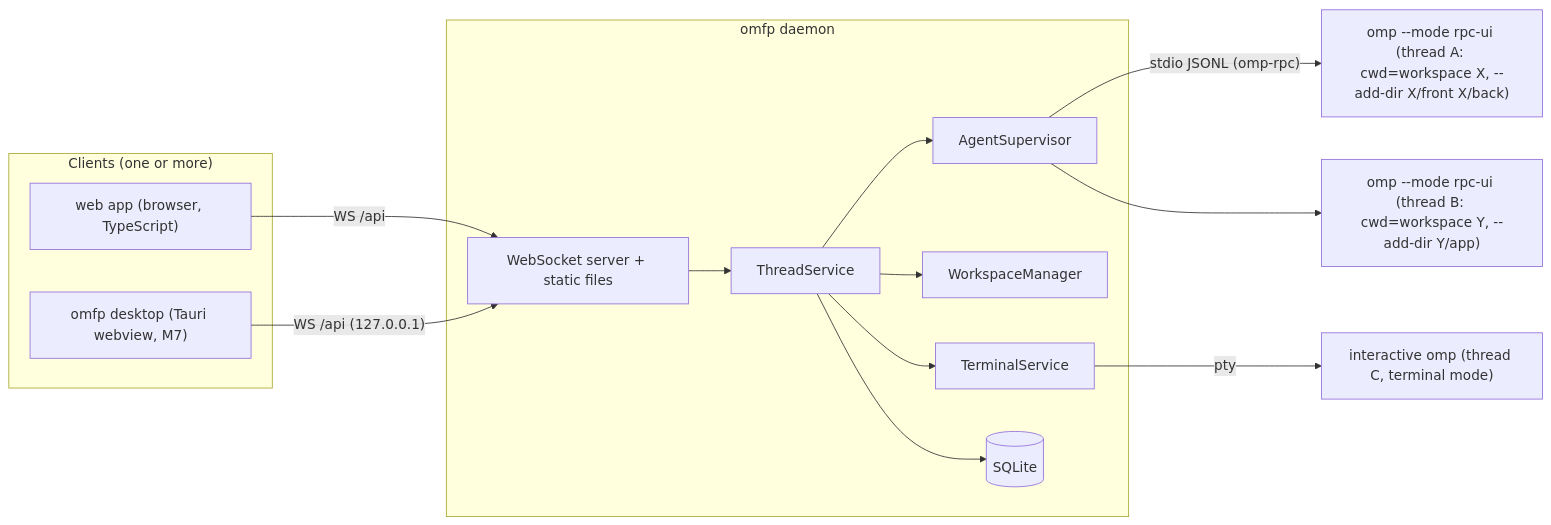
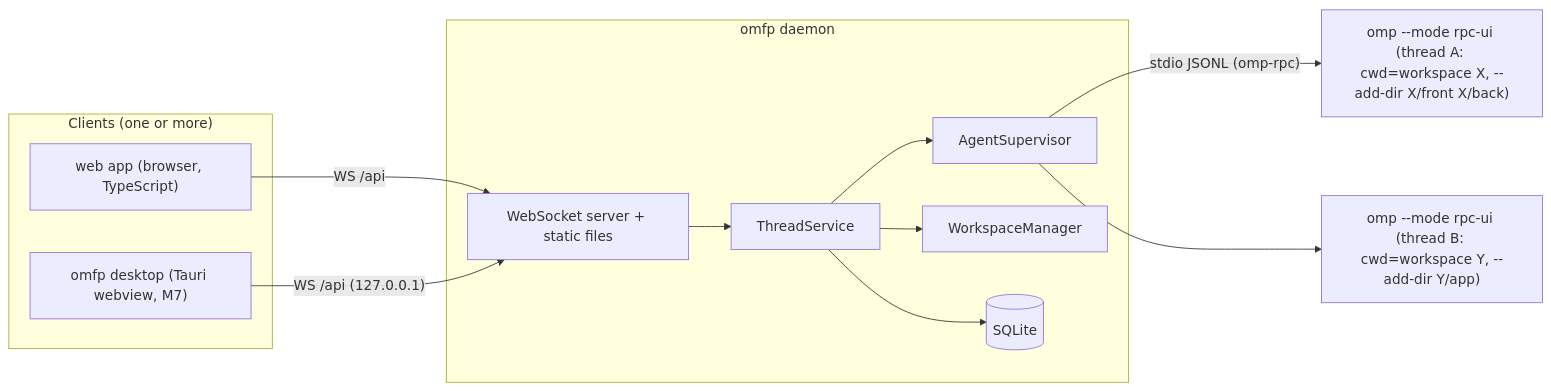
The second of 3 diagrams in docs/specs/00-overview.md (TonioGela/omfp), drawn with Mermaid before and after one commit. The commit also changed other lines of this file and 50 other files, not shown here.

````diff
--- a/docs/specs/00-overview.md
+++ b/docs/specs/00-overview.md
@@ -52,23 +51,20 @@
 ```mermaid
 flowchart LR
   subgraph client["Clients (one or more)"]
     W["web app (browser, TypeScript)"]
     D["omfp desktop (Tauri webview, M7)"]
   end
   subgraph daemon["omfp daemon"]
     WS[WebSocket server + static files]
     TS[ThreadService]
     SUP[AgentSupervisor]
     WK[WorkspaceManager]
-    PTY[TerminalService]
     DB[(SQLite)]
   end
   W -- "WS /api" --> WS
   D -- "WS /api (127.0.0.1)" --> WS
   WS --> TS
   TS --> SUP & WK & DB
-  TS --> PTY
   SUP -- "stdio JSONL (omp-rpc)" --> O1["omp --mode rpc-ui (thread A: cwd=workspace X, --add-dir X/front X/back)"]
   SUP --> O2["omp --mode rpc-ui (thread B: cwd=workspace Y, --add-dir Y/app)"]
-  PTY -- "pty" --> OTERM["interactive omp (thread C, terminal mode)"]
 ```
````
